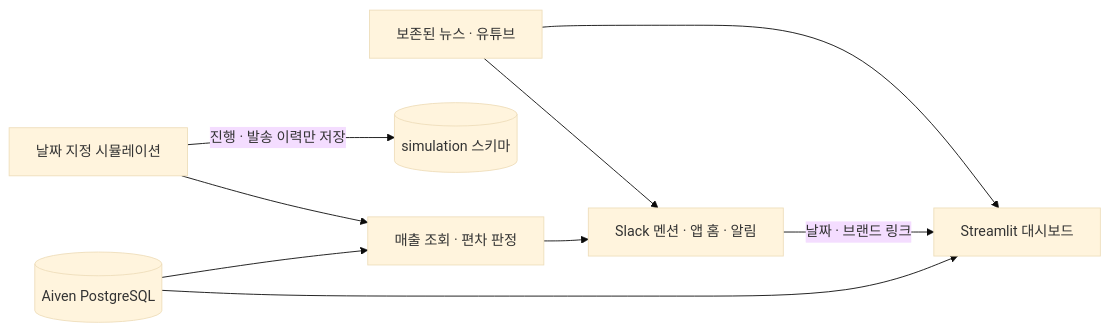
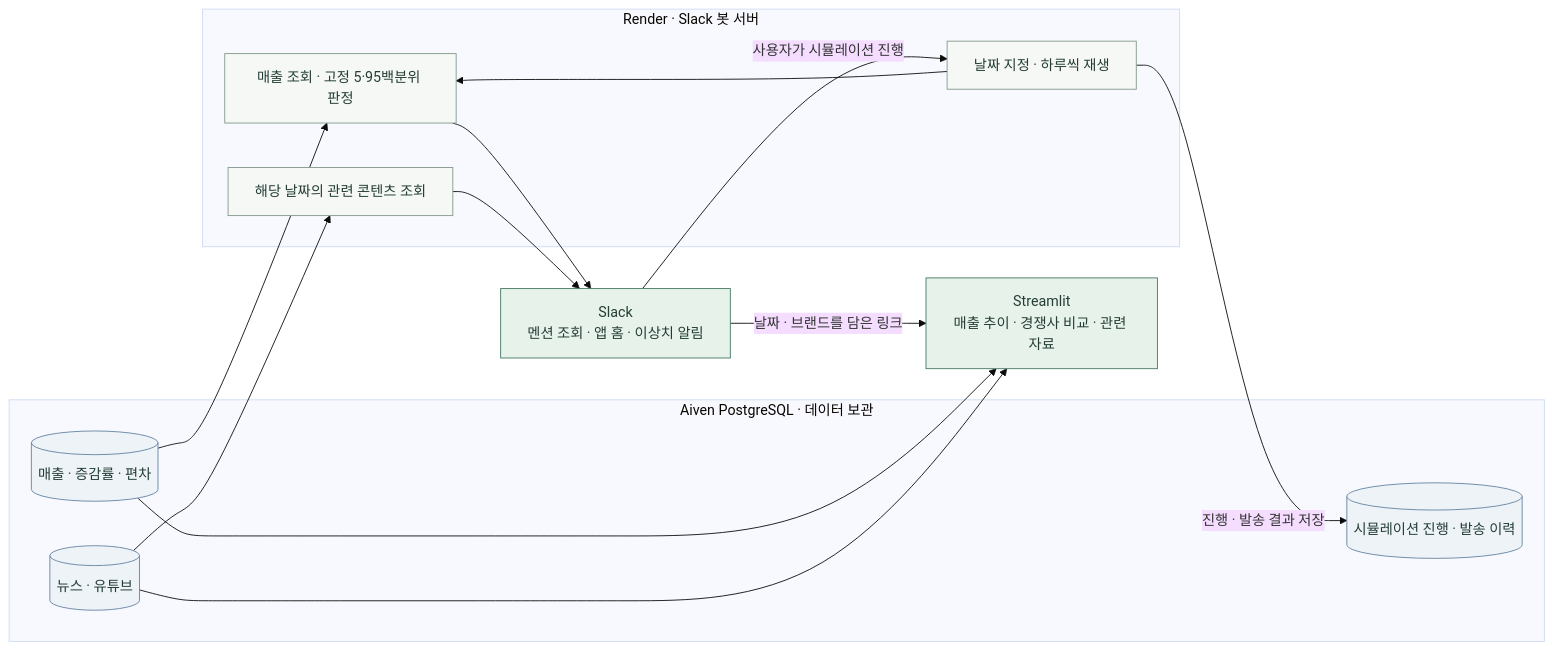
One commit to jshdata/convenience-store-sales-analysis changed the first of 2 diagrams in README.md. Above: the diagram before and after it, drawn with Mermaid (base theme). The commit also changed other lines of this file, not shown here.

Commit message:
Use Mermaid diagrams for service and simulation flows [skip render]

````diff
--- a/README.md
+++ b/README.md
@@ -40,11 +35,31 @@
 ```mermaid
 flowchart LR
-    DB[(Aiven PostgreSQL)] --> Analysis[매출 조회 · 편차 판정]
-    Analysis --> Slack[Slack 멘션 · 앱 홈 · 알림]
-    DB --> Dashboard[Streamlit 대시보드]
-    Slack -->|날짜 · 브랜드 링크| Dashboard
-    Replay[날짜 지정 시뮬레이션] --> Analysis
-    Replay -->|진행 · 발송 이력만 저장| State[(simulation 스키마)]
-    Content[보존된 뉴스 · 유튜브] --> Slack
+    subgraph Aiven["Aiven PostgreSQL · 데이터 보관"]
+        Sales[(매출 · 증감률 · 편차)]
+        Content[(뉴스 · 유튜브)]
+        State[(시뮬레이션 진행 · 발송 이력)]
+    end
+    subgraph Render["Render · Slack 봇 서버"]
+        Analysis[매출 조회 · 고정 5·95백분위 판정]
+        Related[해당 날짜의 관련 콘텐츠 조회]
+        Replay[날짜 지정 · 하루씩 재생]
+    end
+    Slack["Slack<br/>멘션 조회 · 앱 홈 · 이상치 알림"]
+    Dashboard["Streamlit<br/>매출 추이 · 경쟁사 비교 · 관련 자료"]
+
+    Sales --> Analysis --> Slack
+    Content --> Related --> Slack
+    Slack -->|사용자가 시뮬레이션 진행| Replay
+    Replay --> Analysis
+    Replay -->|진행 · 발송 결과 저장| State
+    Sales --> Dashboard
     Content --> Dashboard
+    Slack -->|날짜 · 브랜드를 담은 링크| Dashboard
+
+    classDef data fill:#eef3f8,stroke:#6482a0,color:#243d35
+    classDef process fill:#f5f8f5,stroke:#81988b,color:#243d35
+    classDef screen fill:#e7f2eb,stroke:#447761,color:#243d35
+    class Sales,Content,State data
+    class Analysis,Related,Replay process
+    class Slack,Dashboard screen
 ```
````
